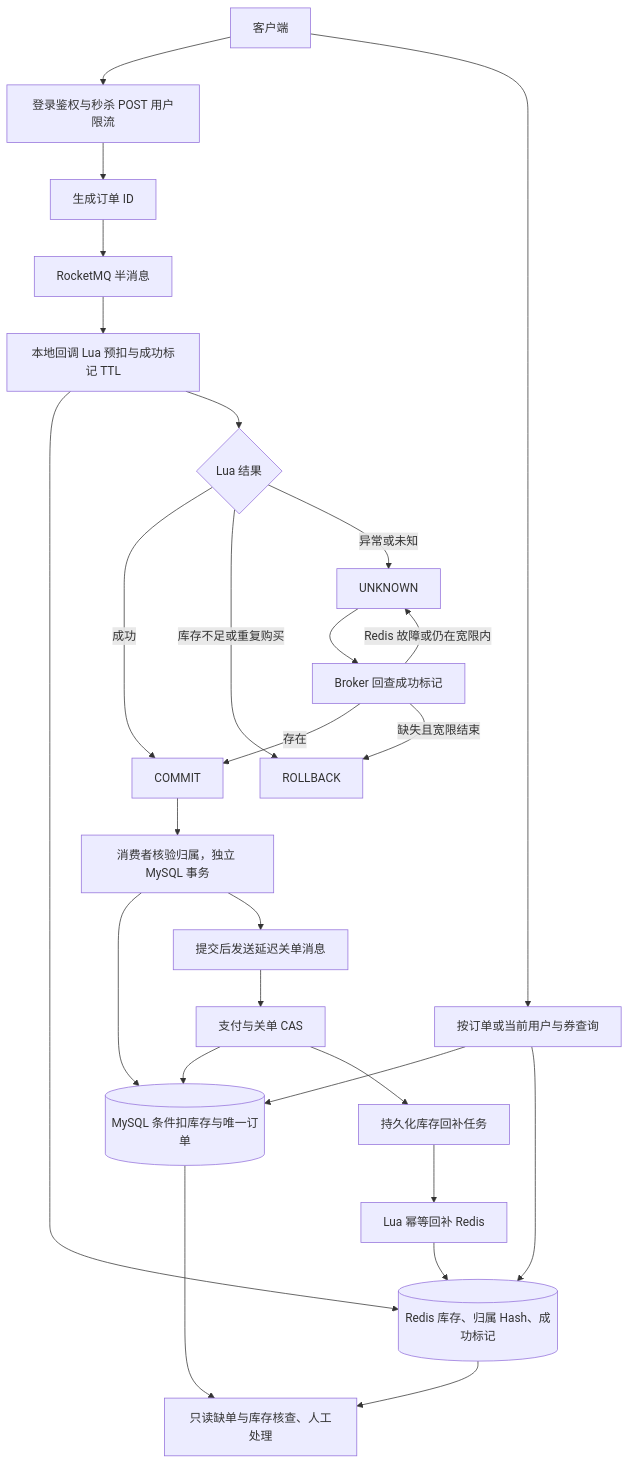
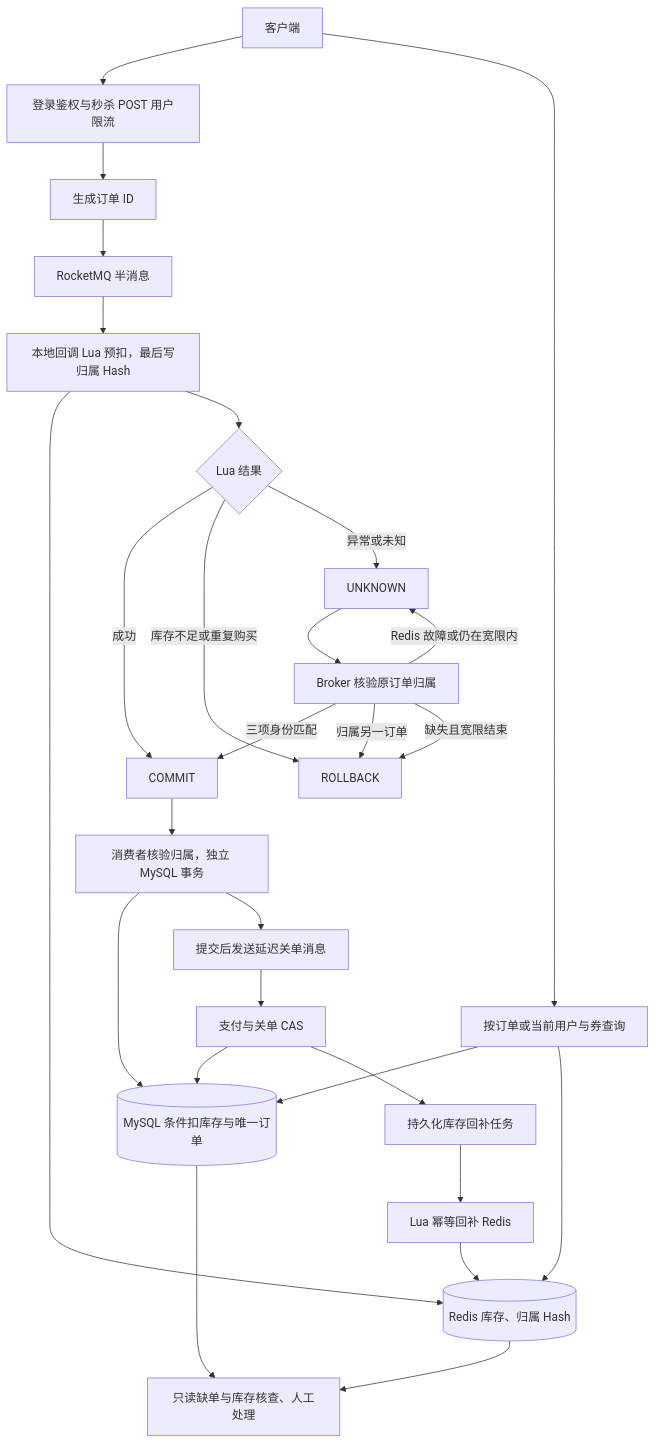
Before and after one commit to soulbooyy/NearHub: the diagram in README.md, drawn with Mermaid. The commit also changed other lines of this file and 13 other files, not shown here.

````diff
--- a/README.md
+++ b/README.md
@@ -123,29 +123,30 @@
 ```mermaid
 flowchart TD
     C[客户端] --> E[登录鉴权与秒杀 POST 用户限流]
     E --> P[生成订单 ID]
     P --> H[RocketMQ 半消息]
-    H --> T[本地回调 Lua 预扣与成功标记 TTL]
-    T --> R[(Redis 库存、归属 Hash、成功标记)]
+    H --> T[本地回调 Lua 预扣，最后写归属 Hash]
+    T --> R[(Redis 库存、归属 Hash)]
     T --> J{Lua 结果}
     J -->|成功| Q[COMMIT]
     J -->|库存不足或重复购买| X[ROLLBACK]
     J -->|异常或未知| U[UNKNOWN]
-    U --> RC[Broker 回查成功标记]
-    RC -->|存在| Q
+    U --> RC[Broker 核验原订单归属]
+    RC -->|三项身份匹配| Q
+    RC -->|归属另一订单| X
     RC -->|缺失且宽限结束| X
     RC -->|Redis 故障或仍在宽限内| U
     Q --> W[消费者核验归属，独立 MySQL 事务]
     W --> D[(MySQL 条件扣库存与唯一订单)]
     W --> M[提交后发送延迟关单消息]
     M --> K[支付与关单 CAS]
     K --> D
     K --> S[持久化库存回补任务]
     S --> L[Lua 幂等回补 Redis]
     L --> R
     R --> F[只读缺单与库存核查、人工处理]
     D --> F
     C --> V[按订单或当前用户与券查询]
     V --> D
     V --> R
 ```
````
